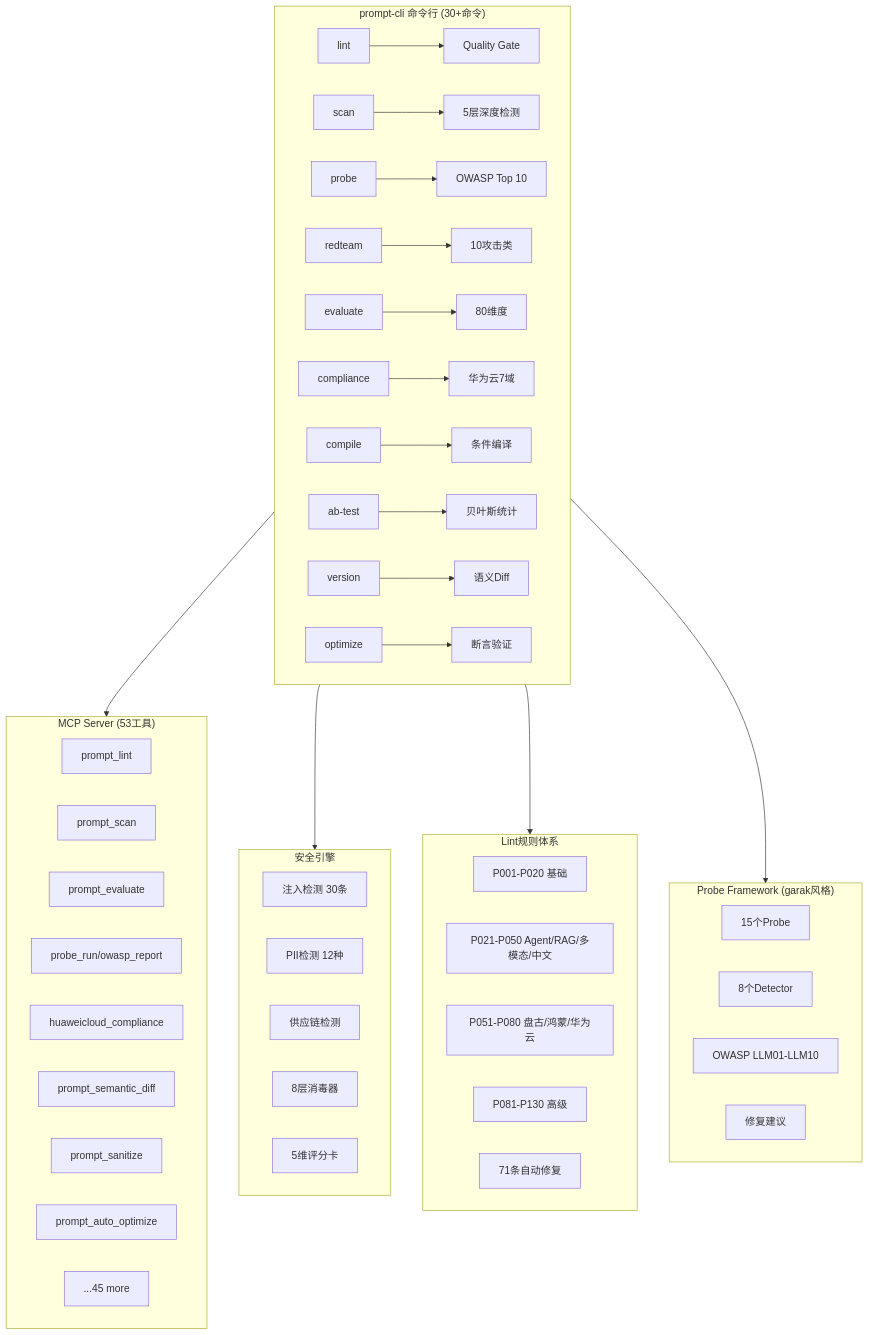
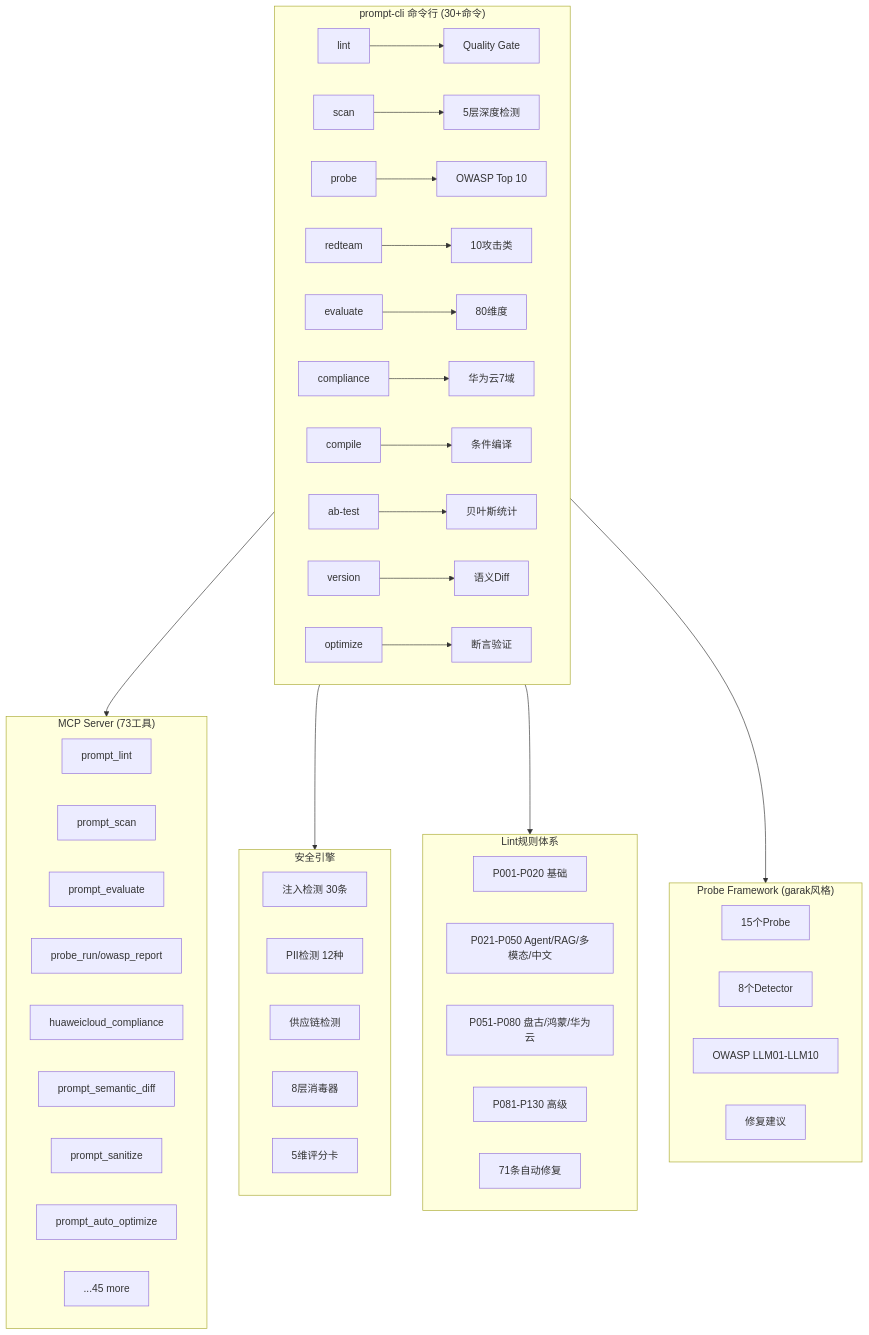
One commit to wqbcs/ai-prompt-toolkit changed the second of 2 diagrams in README.md. Above: the diagram before and after it, drawn with Mermaid. The commit also changed other lines of this file and 6 other files, not shown here.

First line of the commit message:
R174/v67.9.0: 入口一致性治理 — MCP Server CLI入口补全+文档命令漂移修复

````diff
--- a/README.md
+++ b/README.md
@@ -244,55 +259,55 @@
 ```mermaid
 graph TB
     subgraph CLI["prompt-cli 命令行 (30+命令)"]
         LINT[lint] --> GATE[Quality Gate]
         SCAN[scan] --> DEPTH[5层深度检测]
         PROBE[probe] --> OWASP[OWASP Top 10]
         REDTEAM[redteam] --> ATTACK[10攻击类]
         EVAL[evaluate] --> DIMS[80维度]
         COMPLIANCE[compliance] --> HC[华为云7域]
         COMPILE[compile] --> CMP[条件编译]
         AB[ab-test] --> BAYES[贝叶斯统计]
         VERSION[version] --> SDIFF[语义Diff]
         OPTIMIZE[optimize] --> ASSERT[断言验证]
     end
 
-    subgraph MCP["MCP Server (53工具)"]
+    subgraph MCP["MCP Server (73工具)"]
         MCP_LINT[prompt_lint]
         MCP_SCAN[prompt_scan]
         MCP_EVAL[prompt_evaluate]
         MCP_PROBE[probe_run/owasp_report]
         MCP_COMPLIANCE[huaweicloud_compliance]
         MCP_DIFF[prompt_semantic_diff]
         MCP_SANITIZE[prompt_sanitize]
         MCP_OPTIMIZE[prompt_auto_optimize]
         MCP_MORE[...45 more]
     end
 
     subgraph SECURITY["安全引擎"]
         INJ[注入检测 30条]
         PII[PII检测 12种]
         SUPPLY[供应链检测]
         SANITIZE[8层消毒器]
         SCORECARD[5维评分卡]
     end
 
     subgraph RULES["Lint规则体系"]
         R1[P001-P020 基础]
         R2[P021-P050 Agent/RAG/多模态/中文]
         R3[P051-P080 盘古/鸿蒙/华为云]
         R4[P081-P130 高级]
         FIXER[71条自动修复]
     end
 
     subgraph PROBES["Probe Framework (garak风格)"]
         P_15[15个Probe]
         D_8[8个Detector]
         OWASP_MAP[OWASP LLM01-LLM10]
         REMEDIATION[修复建议]
     end
 
     CLI --> MCP
     CLI --> SECURITY
     CLI --> RULES
     CLI --> PROBES
 ```
````
